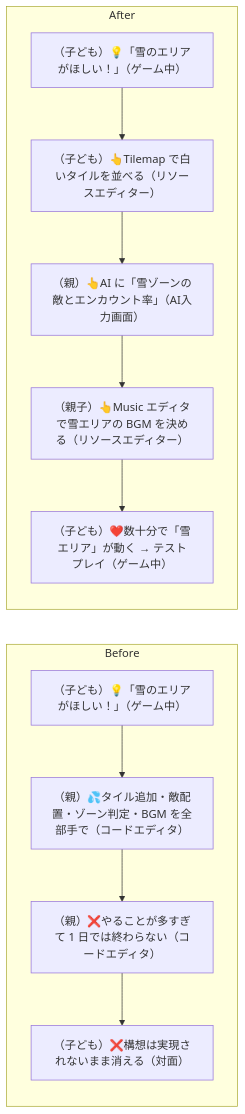
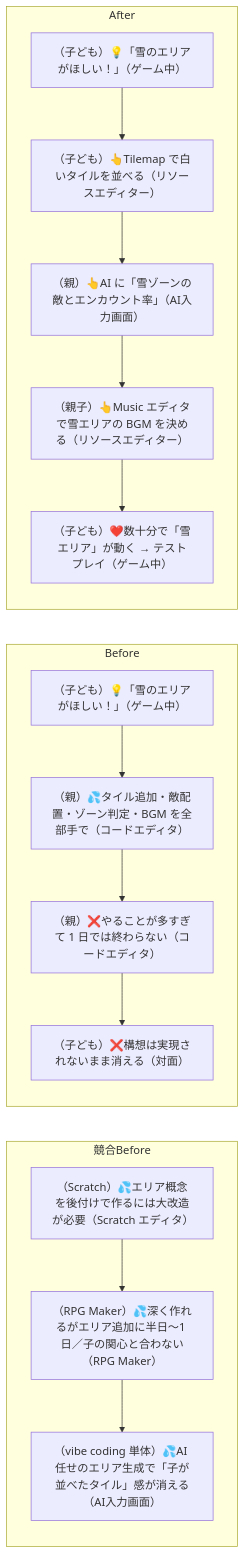
Before and after one commit to tatsuro-ueda/code-quest-pyxel: diagram 26 of 42 in docs/customer-journeys.md, drawn with Mermaid. The commit also changed other lines of this file, not shown here.

````diff
--- a/docs/customer-journeys.md
+++ b/docs/customer-journeys.md
@@ -823,16 +830,21 @@
 ```mermaid
 flowchart LR
+    subgraph Competitor["競合Before"]
+        C1[（Scratch）💦エリア概念を後付けで作るには大改造が必要（Scratch エディタ）]
+        C1 --> C2[（RPG Maker）💦深く作れるがエリア追加に半日〜1 日／子の関心と合わない（RPG Maker）]
+        C2 --> C3[（vibe coding 単体）💦AI 任せのエリア生成で「子が並べたタイル」感が消える（AI入力画面）]
+    end
     subgraph Before["Before"]
         B1[（子ども）💡「雪のエリアがほしい！」（ゲーム中）]
         B1 --> B2[（親）💦タイル追加・敵配置・ゾーン判定・BGM を全部手で（コードエディタ）]
         B2 --> B3[（親）❌やることが多すぎて 1 日では終わらない（コードエディタ）]
         B3 --> B4[（子ども）❌構想は実現されないまま消える（対面）]
     end
     subgraph After["After"]
         A1[（子ども）💡「雪のエリアがほしい！」（ゲーム中）]
         A1 --> A2[（子ども）👆Tilemap で白いタイルを並べる（リソースエディター）]
         A2 --> A3[（親）👆AI に「雪ゾーンの敵とエンカウント率」（AI入力画面）]
         A3 --> A4[（親子）👆Music エディタで雪エリアの BGM を決める（リソースエディター）]
         A4 --> A5[（子ども）❤️数十分で「雪エリア」が動く → テストプレイ（ゲーム中）]
     end
 ```
````
